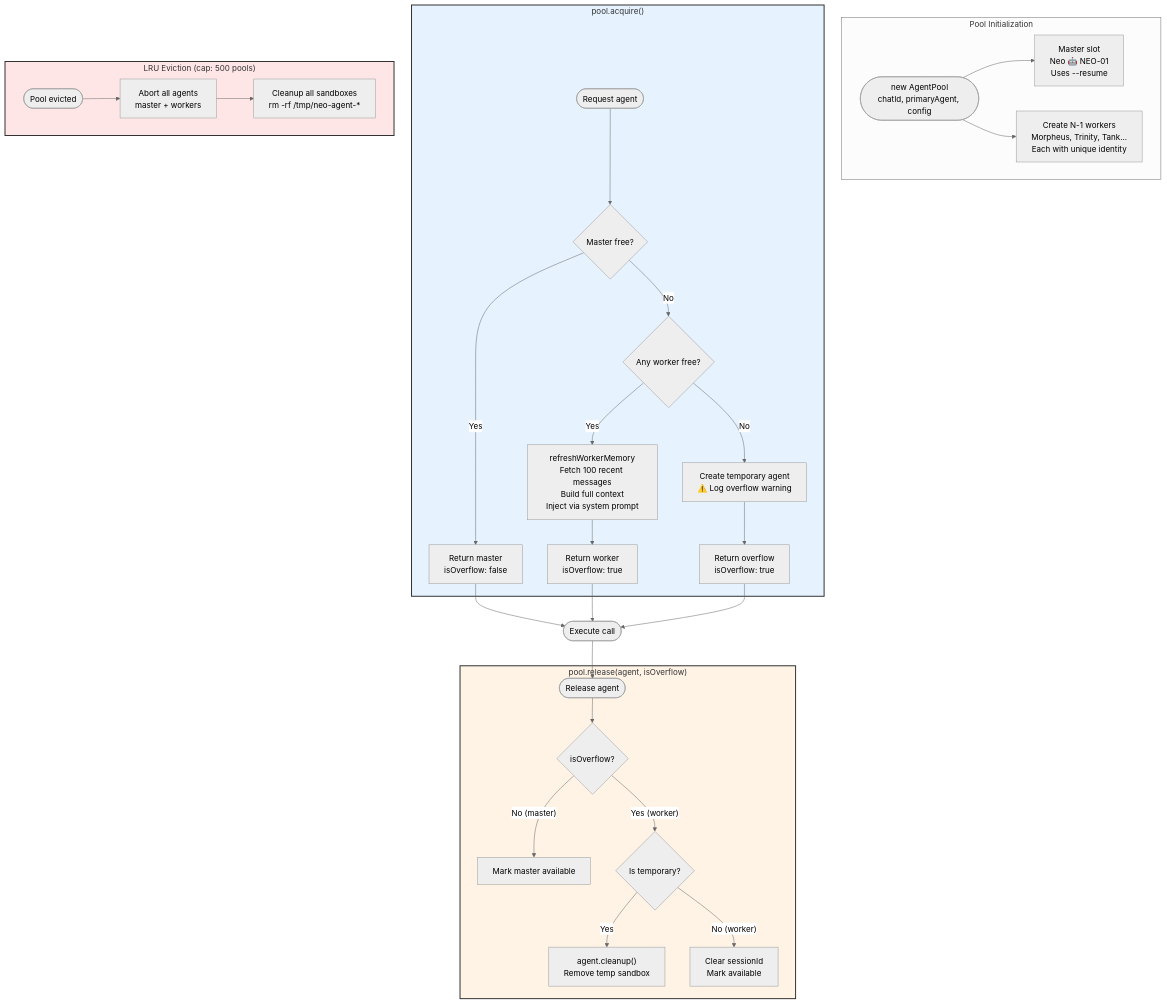
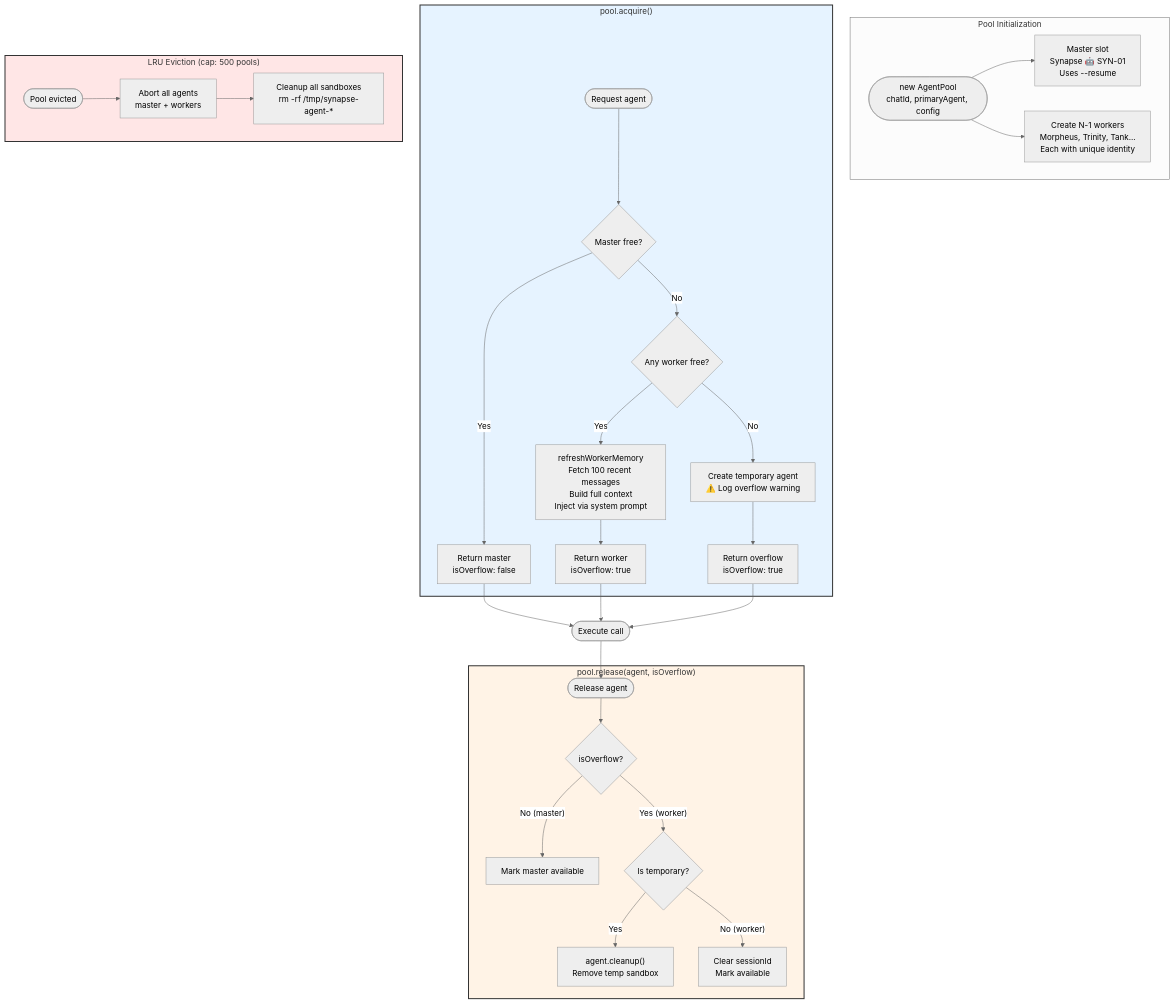
Before and after one commit to egeominotti/Synapse: the fifth of 12 diagrams in docs/ARCHITECTURE.md, drawn with Mermaid (neutral theme). The commit also changed other lines of this file and 19 other files, not shown here.

First line of the commit message:
Rename project from Neo to Synapse: new branding, logo, and README

````diff
--- a/docs/ARCHITECTURE.md
+++ b/docs/ARCHITECTURE.md
@@ -278,39 +278,39 @@
 ```mermaid
 flowchart TD
     subgraph INIT["Pool Initialization"]
-        CREATE_POOL([new AgentPool<br/>chatId, primaryAgent, config]) --> MASTER[Master slot<br/>Neo 🤖 NEO-01<br/>Uses --resume]
+        CREATE_POOL([new AgentPool<br/>chatId, primaryAgent, config]) --> MASTER[Master slot<br/>Synapse 🤖 SYN-01<br/>Uses --resume]
         CREATE_POOL --> WORKERS["Create N-1 workers<br/>Morpheus, Trinity, Tank...<br/>Each with unique identity"]
     end
 
     subgraph ACQUIRE["pool.acquire()"]
         REQ([Request agent]) --> CHECK_MASTER{Master free?}
         CHECK_MASTER -->|Yes| RETURN_MASTER[Return master<br/>isOverflow: false]
         CHECK_MASTER -->|No| CHECK_WORKER{Any worker free?}
         CHECK_WORKER -->|Yes| REFRESH_MEM["refreshWorkerMemory<br/>Fetch 100 recent messages<br/>Build full context<br/>Inject via system prompt"]
         REFRESH_MEM --> RETURN_WORKER[Return worker<br/>isOverflow: true]
         CHECK_WORKER -->|No| CREATE_OVERFLOW["Create temporary agent<br/>⚠️ Log overflow warning"]
         CREATE_OVERFLOW --> RETURN_OVERFLOW[Return overflow<br/>isOverflow: true]
     end
 
     subgraph RELEASE["pool.release(agent, isOverflow)"]
         REL([Release agent]) --> IS_OVERFLOW{isOverflow?}
         IS_OVERFLOW -->|"No (master)"| MARK_FREE_M[Mark master available]
         IS_OVERFLOW -->|"Yes (worker)"| IS_TEMP{Is temporary?}
         IS_TEMP -->|Yes| CLEANUP_TEMP["agent.cleanup()<br/>Remove temp sandbox"]
         IS_TEMP -->|"No (worker)"| CLEAR_SESSION["Clear sessionId<br/>Mark available"]
     end
 
     subgraph LRU["LRU Eviction (cap: 500 pools)"]
         EVICT([Pool evicted]) --> ABORT_ALL["Abort all agents<br/>master + workers"]
-        ABORT_ALL --> CLEANUP_ALL["Cleanup all sandboxes<br/>rm -rf /tmp/neo-agent-*"]
+        ABORT_ALL --> CLEANUP_ALL["Cleanup all sandboxes<br/>rm -rf /tmp/synapse-agent-*"]
     end
 
     RETURN_MASTER --> USE([Execute call])
     RETURN_WORKER --> USE
     RETURN_OVERFLOW --> USE
     USE --> REL
 
     style ACQUIRE fill:#e6f3ff,stroke:#333,stroke-width:2px
     style RELEASE fill:#fff3e6,stroke:#333,stroke-width:2px
     style LRU fill:#ffe6e6,stroke:#333,stroke-width:2px
 ```
````
